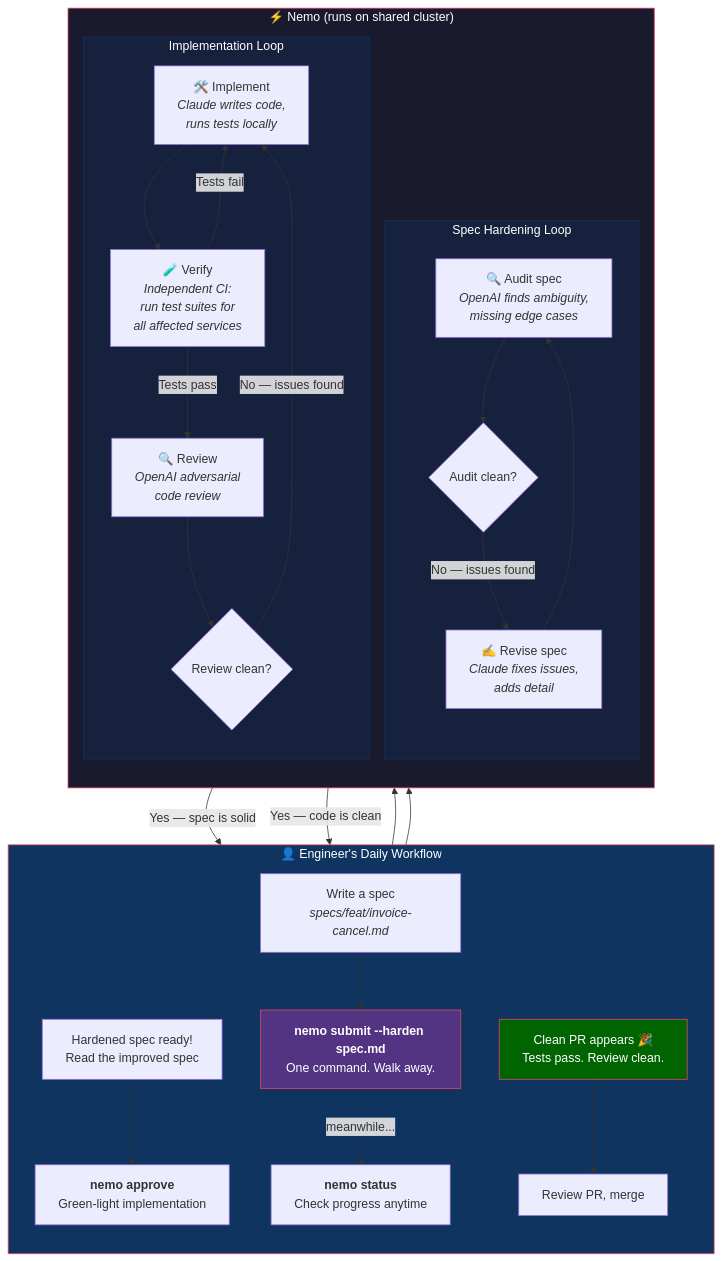
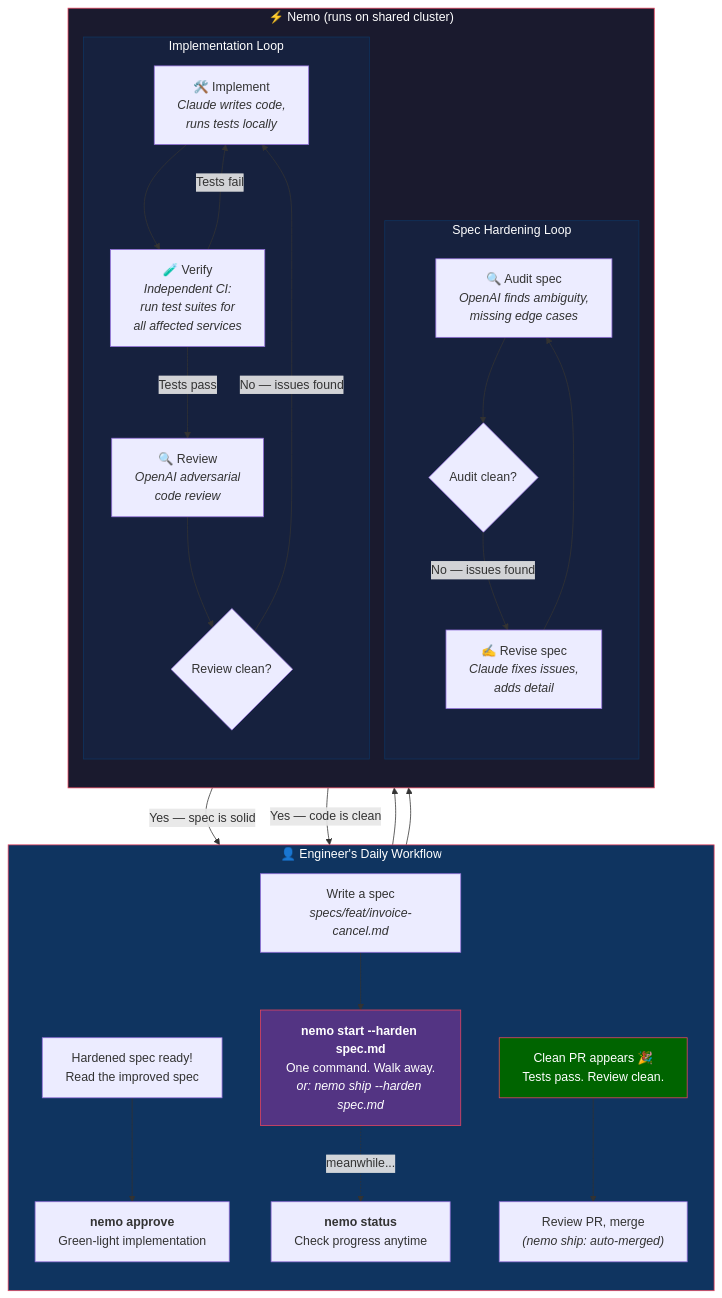
The tenth of 12 diagrams in docs/architecture-diagrams.md (tinkrtailor/nautiloop), drawn with Mermaid before and after one commit. The commit also changed other lines of this file and 3 other files, not shown here.

First line of the commit message:
feat: three-verb CLI design + merge ship/harden into Lane A spec

````diff
--- a/docs/architecture-diagrams.md
+++ b/docs/architecture-diagrams.md
@@ -515,55 +518,55 @@
 ```mermaid
 graph TD
     subgraph Engineer["👤 Engineer's Daily Workflow"]
         direction TB
         WRITE["Write a spec<br/><i>specs/feat/invoice-cancel.md</i>"]
-        SUBMIT["<b>nemo submit --harden spec.md</b><br/>One command. Walk away."]
+        SUBMIT["<b>nemo start --harden spec.md</b><br/>One command. Walk away.<br/><i>or: nemo ship --harden spec.md</i>"]
         MONITOR["<b>nemo status</b><br/>Check progress anytime"]
         REVIEW_SPEC["Hardened spec ready!<br/>Read the improved spec"]
         APPROVE["<b>nemo approve</b><br/>Green-light implementation"]
         PR["Clean PR appears 🎉<br/>Tests pass. Review clean."]
-        MERGE["Review PR, merge"]
+        MERGE["Review PR, merge<br/><i>(nemo ship: auto-merged)</i>"]
     end
 
     subgraph Nemo["⚡ Nemo (runs on shared cluster)"]
         direction TB
 
         subgraph Harden["Spec Hardening Loop"]
             H1["🔍 Audit spec<br/><i>OpenAI finds ambiguity,<br/>missing edge cases</i>"]
             H2["✍️ Revise spec<br/><i>Claude fixes issues,<br/>adds detail</i>"]
             H3{"Audit clean?"}
         end
 
         subgraph Build["Implementation Loop"]
             I1["🛠️ Implement<br/><i>Claude writes code,<br/>runs tests locally</i>"]
             I2["🧪 Verify<br/><i>Independent CI:<br/>run test suites for<br/>all affected services</i>"]
             I3["🔍 Review<br/><i>OpenAI adversarial<br/>code review</i>"]
             I4{"Review clean?"}
         end
     end
 
     WRITE --> SUBMIT
     SUBMIT --> H1
     H1 --> H3
     H3 -->|"No — issues found"| H2
     H2 --> H1
     H3 -->|"Yes — spec is solid"| REVIEW_SPEC
     REVIEW_SPEC --> APPROVE
     APPROVE --> I1
     I1 --> I2
     I2 -->|"Tests fail"| I1
     I2 -->|"Tests pass"| I3
     I3 --> I4
     I4 -->|"No — issues found"| I1
     I4 -->|"Yes — code is clean"| PR
 
     SUBMIT -.->|"meanwhile..."| MONITOR
     PR --> MERGE
 
     style Engineer fill:#0f3460,stroke:#e94560,color:#fff
     style Nemo fill:#1a1a2e,stroke:#e94560,color:#fff
     style Harden fill:#16213e,stroke:#0f3460,color:#fff
     style Build fill:#16213e,stroke:#0f3460,color:#fff
     style PR fill:#006400,stroke:#e94560,color:#fff
     style SUBMIT fill:#533483,stroke:#e94560,color:#fff
 ```
````
